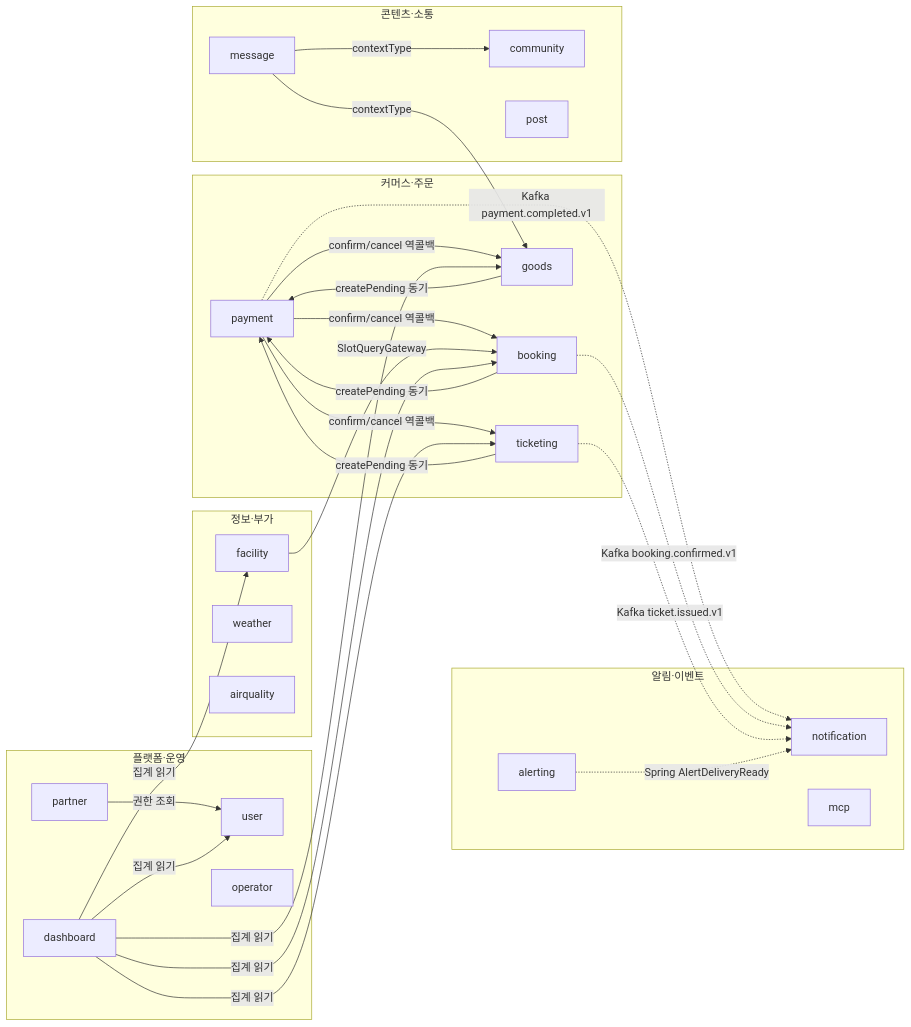
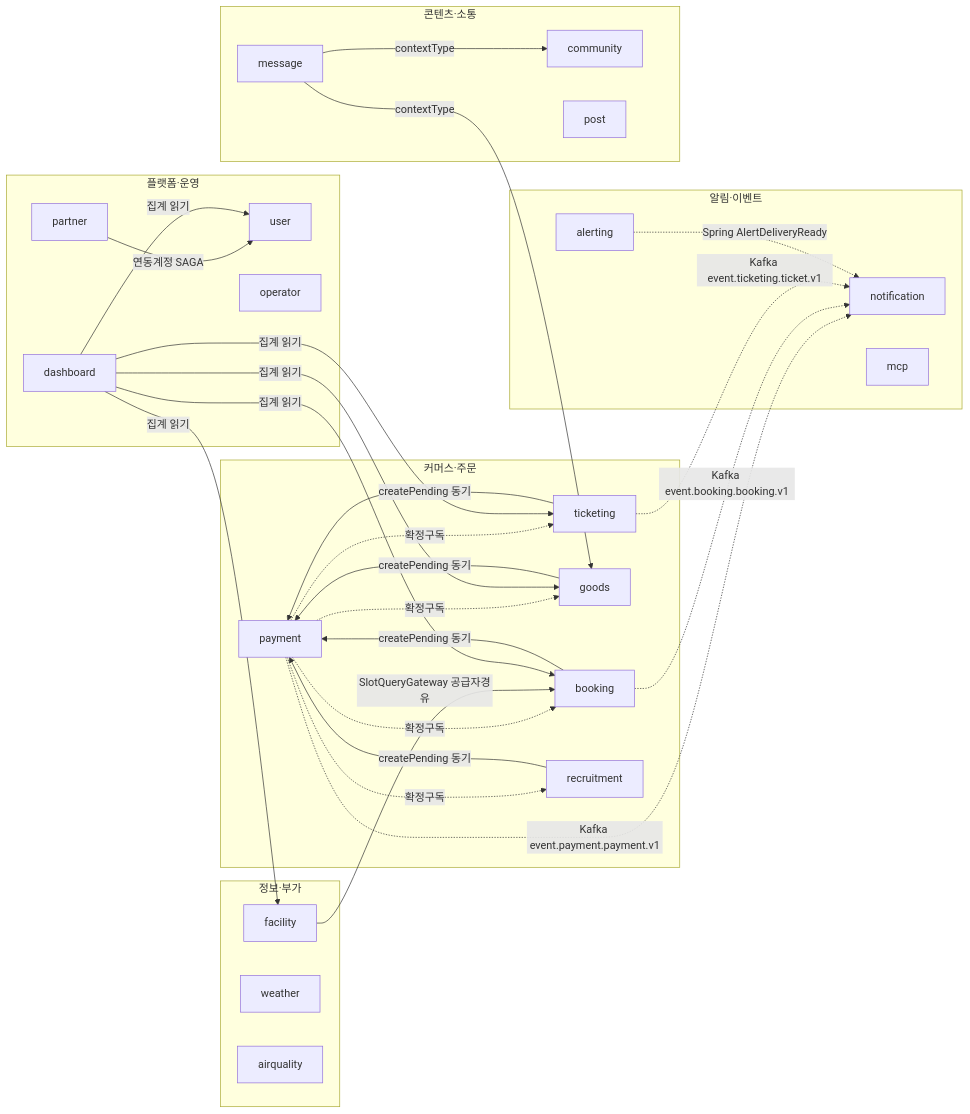
Before and after one commit to biuea3866/new-sports-application: the first of 2 diagrams in docs/domain-context-map.md, drawn with Mermaid. The commit also changed other lines of this file, not shown here.

````diff
--- a/docs/domain-context-map.md
+++ b/docs/domain-context-map.md
@@ -37,53 +41,56 @@
 ```mermaid
 flowchart LR
     subgraph Commerce["커머스·주문"]
         payment
         booking
         goods
         ticketing
+        recruitment
     end
     subgraph Alert["알림·이벤트"]
         notification
         alerting
         mcp
     end
     subgraph Content["콘텐츠·소통"]
         message
         community
         post
     end
     subgraph Platform["플랫폼·운영"]
         user
         partner
         dashboard
         operator
     end
     subgraph Info["정보·부가"]
         facility
         weather
         airquality
     end
 
     booking -->|createPending 동기| payment
     goods -->|createPending 동기| payment
     ticketing -->|createPending 동기| payment
-    payment -->|confirm/cancel 역콜백| booking
-    payment -->|confirm/cancel 역콜백| goods
-    payment -->|confirm/cancel 역콜백| ticketing
+    recruitment -->|createPending 동기| payment
 
-    payment -.->|Kafka payment.completed.v1| notification
-    booking -.->|Kafka booking.confirmed.v1| notification
-    ticketing -.->|Kafka ticket.issued.v1| notification
+    payment -.->|확정구독| booking
+    payment -.->|확정구독| goods
+    payment -.->|확정구독| ticketing
+    payment -.->|확정구독| recruitment
+    payment -.->|Kafka event.payment.payment.v1| notification
+    booking -.->|Kafka event.booking.booking.v1| notification
+    ticketing -.->|Kafka event.ticketing.ticket.v1| notification
     alerting -.->|Spring AlertDeliveryReady| notification
 
-    facility -->|SlotQueryGateway| booking
-    partner -->|권한 조회| user
+    facility -->|SlotQueryGateway 공급자경유| booking
+    partner -->|연동계정 SAGA| user
     message -->|contextType| community
     message -->|contextType| goods
 
     dashboard -->|집계 읽기| booking
     dashboard -->|집계 읽기| goods
     dashboard -->|집계 읽기| ticketing
     dashboard -->|집계 읽기| facility
     dashboard -->|집계 읽기| user
 ```
````
